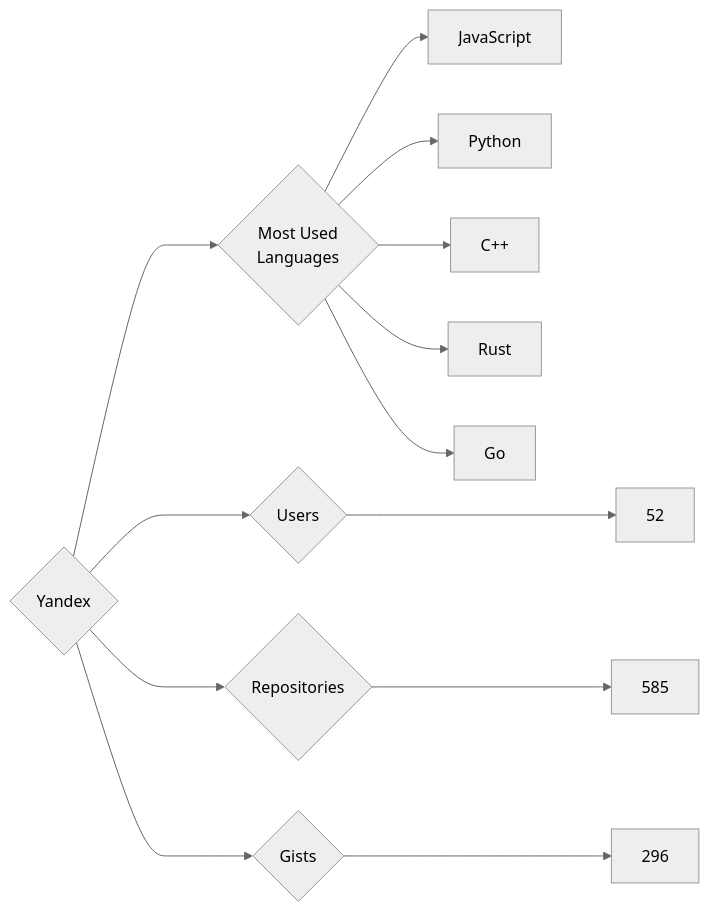
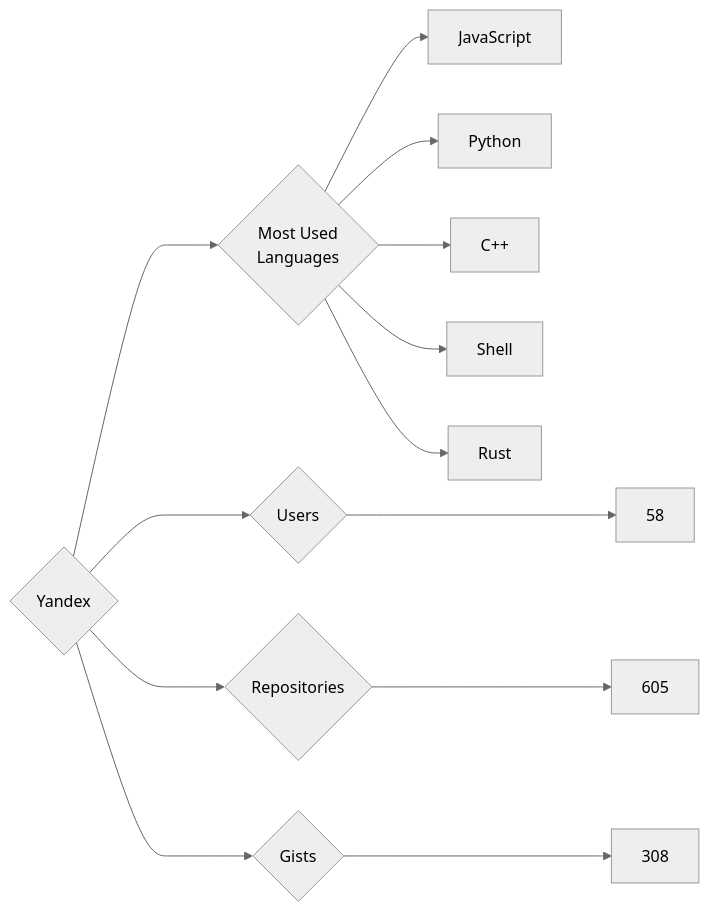
Before and after one commit to trickest/insiders: the diagram in targets/Yandex/README.md, drawn with Mermaid (neutral theme). The commit also changed 1479 other files, not shown here.

````diff
--- a/targets/Yandex/README.md
+++ b/targets/Yandex/README.md
@@ -3,13 +3,13 @@
 ```mermaid
 graph LR
 COMPANY_NAME{Yandex}
-COMPANY_NAME ---> U{Users} ---> UN[52]
-COMPANY_NAME ---> R{Repositories} ---> RN[585]
-COMPANY_NAME ---> G{Gists} ---> GN[296]
+COMPANY_NAME ---> U{Users} ---> UN[58]
+COMPANY_NAME ---> R{Repositories} ---> RN[605]
+COMPANY_NAME ---> G{Gists} ---> GN[308]
 COMPANY_NAME ---> ML{Most Used<br>Languages}
 ML --> JavaScript[JavaScript]
 ML --> Python[Python]
 ML --> C++[C++]
+ML --> Shell[Shell]
 ML --> Rust[Rust]
-ML --> Go[Go]
 ```
````
